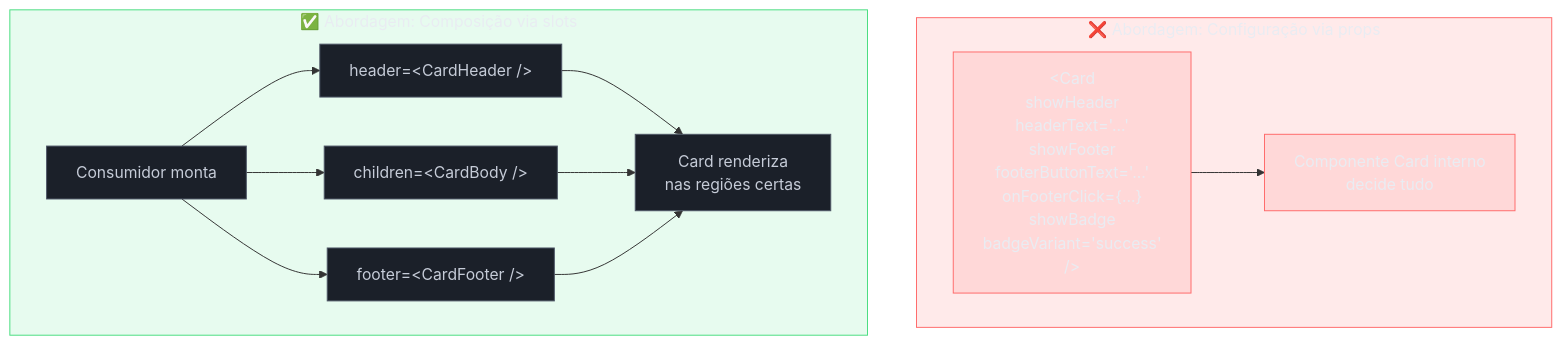
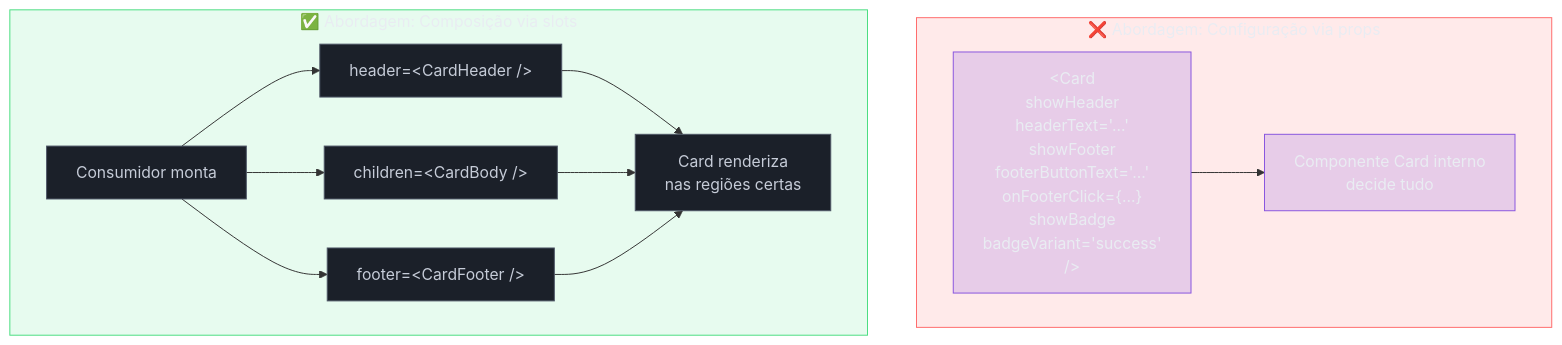
The diagram in 03-Dominios/Tecnologia/React/Design Patterns/06 - Composição - slots, layout e children-as-API.md (josenaldo/codex-technomanticus), drawn with Mermaid before and after one commit. The commit also changed 601 other files, not shown here.

````diff
--- a/03-Dominios/Tecnologia/React/Design Patterns/06 - Composição - slots, layout e children-as-API.md
+++ b/03-Dominios/Tecnologia/React/Design Patterns/06 - Composição - slots, layout e children-as-API.md
@@ -342,36 +342,37 @@
 ```mermaid
 graph TD
+    classDef marca fill:#8855DF33,stroke:#8855DF,color:#E9ECF2
     classDef falha fill:#FF6B6B24,stroke:#FF6B6B,color:#E9ECF2
     classDef ok fill:#4ADE8021,stroke:#4ADE80,color:#E9ECF2
     classDef neutro fill:#1B2029,stroke:#4E5666,color:#C6CCD8
     subgraph CONFIG["❌ Abordagem: Configuração via props"]
         C1["&lt;Card
   showHeader
   headerText='...'
   showFooter
   footerButtonText='...'
   onFooterClick={...}
   showBadge
   badgeVariant='success'
 /&gt;"] --> C2["Componente Card interno
 decide tudo"]
     end
 
     subgraph COMP["✅ Abordagem: Composição via slots"]
         P1["Consumidor monta"] --> S1["header=&lt;CardHeader /&gt;"]
         P1 --> S2["children=&lt;CardBody /&gt;"]
         P1 --> S3["footer=&lt;CardFooter /&gt;"]
         S1 & S2 & S3 --> R1["Card renderiza
 nas regiões certas"]
     end
 
     class CONFIG falha
     class COMP ok
-    class C1 falha
-    class C2 falha
+    class C1 marca
+    class C2 marca
     class P1 neutro
     class S1 neutro
     class S2 neutro
     class S3 neutro
     class R1 neutro
 ```
````
